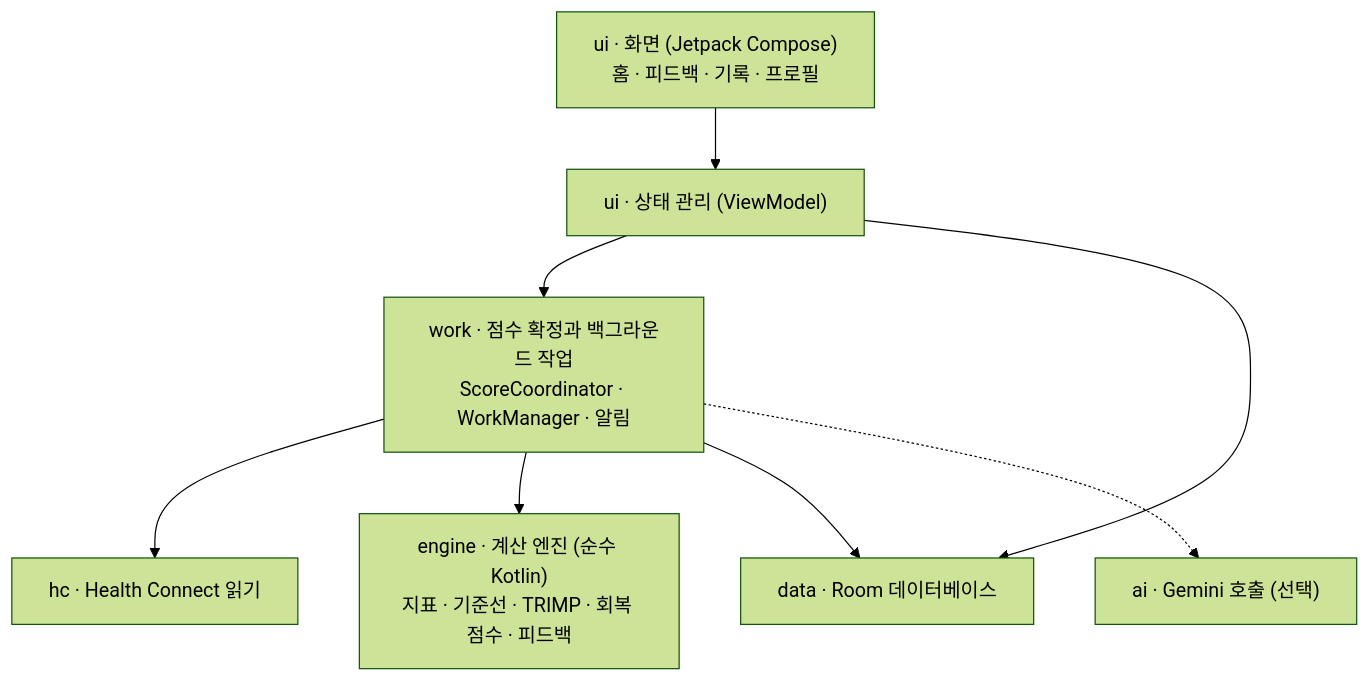
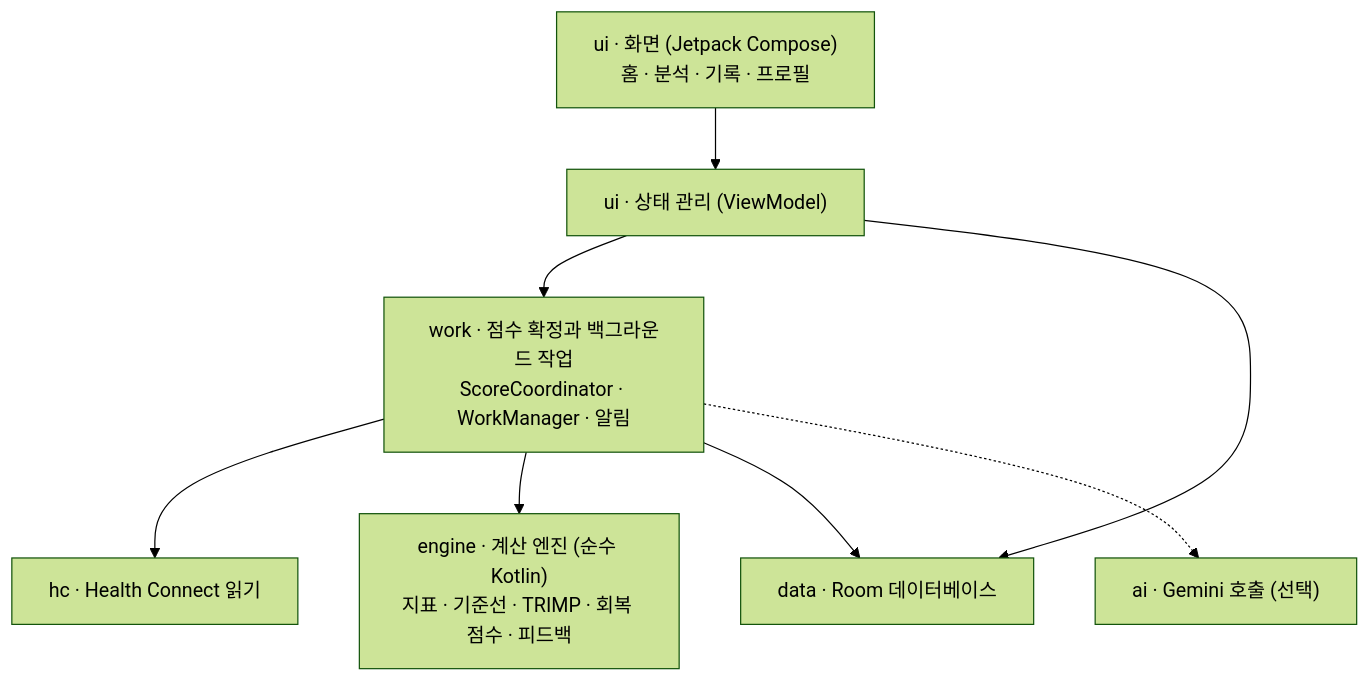
The second of 2 diagrams in README.md (KYU-SW/Triple), drawn with Mermaid (forest theme) before and after one commit. The commit also changed other lines of this file, not shown here.

````diff
--- a/README.md
+++ b/README.md
@@ -114,10 +114,10 @@
 ```mermaid
 flowchart TB
-    UI["ui · 화면 (Jetpack Compose)<br/>홈 · 피드백 · 기록 · 프로필"] --> VM["ui · 상태 관리 (ViewModel)"]
+    UI["ui · 화면 (Jetpack Compose)<br/>홈 · 분석 · 기록 · 프로필"] --> VM["ui · 상태 관리 (ViewModel)"]
     VM --> WK["work · 점수 확정과 백그라운드 작업<br/>ScoreCoordinator · WorkManager · 알림"]
     VM --> DATA
     WK --> HCR["hc · Health Connect 읽기"]
     WK --> ENG["engine · 계산 엔진 (순수 Kotlin)<br/>지표 · 기준선 · TRIMP · 회복 점수 · 피드백"]
     WK --> DATA["data · Room 데이터베이스"]
     WK -.-> AI["ai · Gemini 호출 (선택)"]
 ```
````
